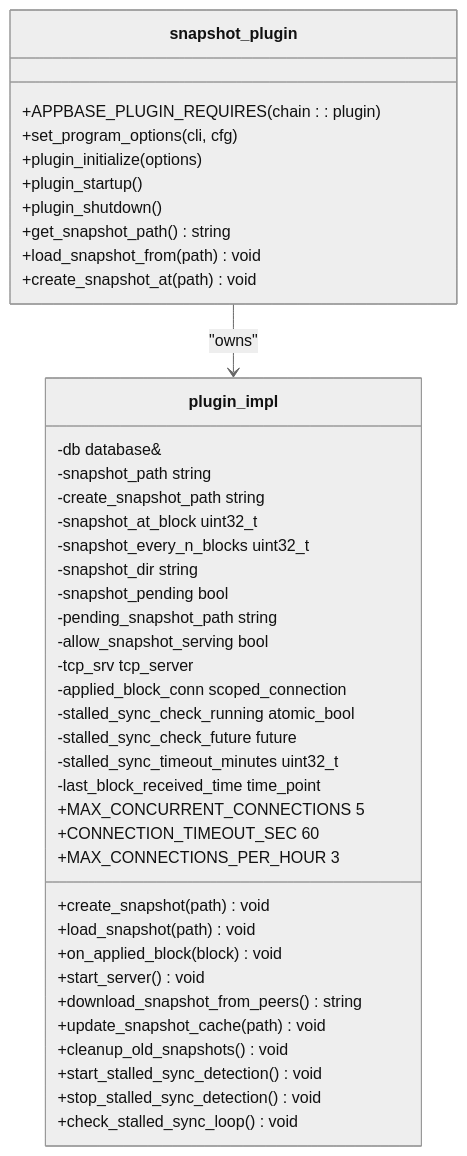
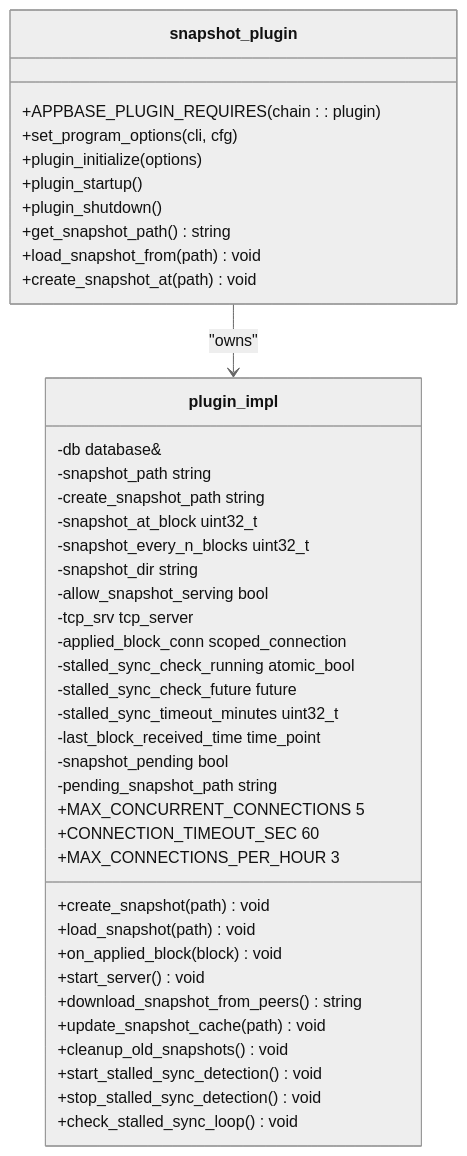
Before and after one commit to VIZ-Blockchain/viz-cpp-node: the third of 42 diagrams in .qoder/repowiki/en/content/Plugin System/Snapshot Plugin System.md, drawn with Mermaid (neutral theme). The commit also changed other lines of this file and 4 other files, not shown here.

````diff
--- a/.qoder/repowiki/en/content/Plugin System/Snapshot Plugin System.md
+++ b/.qoder/repowiki/en/content/Plugin System/Snapshot Plugin System.md
@@ -225,44 +242,44 @@
 ```mermaid
 classDiagram
 class snapshot_plugin {
 +APPBASE_PLUGIN_REQUIRES(chain : : plugin)
 +set_program_options(cli, cfg)
 +plugin_initialize(options)
 +plugin_startup()
 +plugin_shutdown()
 +get_snapshot_path() string
 +load_snapshot_from(path) void
 +create_snapshot_at(path) void
 }
 class plugin_impl {
 -db database&
 -snapshot_path string
 -create_snapshot_path string
 -snapshot_at_block uint32_t
 -snapshot_every_n_blocks uint32_t
 -snapshot_dir string
--snapshot_pending bool
--pending_snapshot_path string
 -allow_snapshot_serving bool
 -tcp_srv tcp_server
 -applied_block_conn scoped_connection
 -stalled_sync_check_running atomic_bool
 -stalled_sync_check_future future
 -stalled_sync_timeout_minutes uint32_t
 -last_block_received_time time_point
+-snapshot_pending bool
+-pending_snapshot_path string
 +create_snapshot(path) void
 +load_snapshot(path) void
 +on_applied_block(block) void
 +start_server() void
 +download_snapshot_from_peers() string
 +update_snapshot_cache(path) void
 +cleanup_old_snapshots() void
 +start_stalled_sync_detection() void
 +stop_stalled_sync_detection() void
 +check_stalled_sync_loop() void
 +MAX_CONCURRENT_CONNECTIONS 5
 +CONNECTION_TIMEOUT_SEC 60
 +MAX_CONNECTIONS_PER_HOUR 3
 }
 snapshot_plugin --> plugin_impl : "owns"
 ```
````
